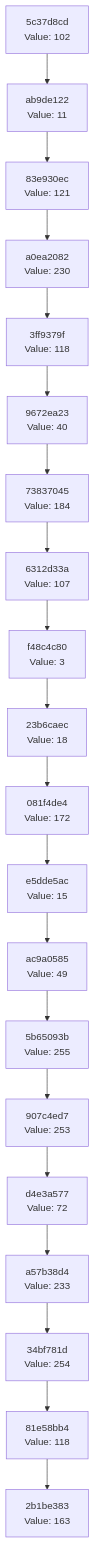
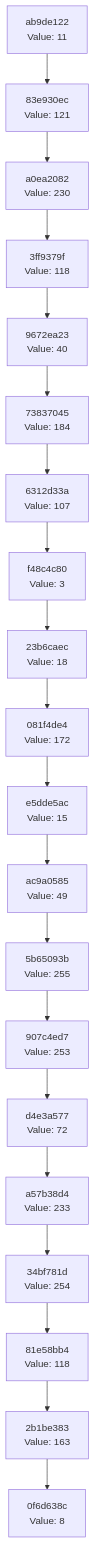
One commit to Abhisheksinha1506/hash-chain-evolver changed the diagram in docs/CHAIN_VISUALIZATION.md. Above: the diagram before and after it, drawn with Mermaid. The commit also changed 3 other files, not shown here.

````diff
--- a/docs/CHAIN_VISUALIZATION.md
+++ b/docs/CHAIN_VISUALIZATION.md
@@ -3,42 +3,42 @@
 ```mermaid
 graph TD
-    C0["2b1be383<br/>Value: 163"]
-    C1["81e58bb4<br/>Value: 118"]
+    C0["0f6d638c<br/>Value: 8"]
+    C1["2b1be383<br/>Value: 163"]
     C1 --> C0
-    C2["34bf781d<br/>Value: 254"]
+    C2["81e58bb4<br/>Value: 118"]
     C2 --> C1
-    C3["a57b38d4<br/>Value: 233"]
+    C3["34bf781d<br/>Value: 254"]
     C3 --> C2
-    C4["d4e3a577<br/>Value: 72"]
+    C4["a57b38d4<br/>Value: 233"]
     C4 --> C3
-    C5["907c4ed7<br/>Value: 253"]
+    C5["d4e3a577<br/>Value: 72"]
     C5 --> C4
-    C6["5b65093b<br/>Value: 255"]
+    C6["907c4ed7<br/>Value: 253"]
     C6 --> C5
-    C7["ac9a0585<br/>Value: 49"]
+    C7["5b65093b<br/>Value: 255"]
     C7 --> C6
-    C8["e5dde5ac<br/>Value: 15"]
+    C8["ac9a0585<br/>Value: 49"]
     C8 --> C7
-    C9["081f4de4<br/>Value: 172"]
+    C9["e5dde5ac<br/>Value: 15"]
     C9 --> C8
-    C10["23b6caec<br/>Value: 18"]
+    C10["081f4de4<br/>Value: 172"]
     C10 --> C9
-    C11["f48c4c80<br/>Value: 3"]
+    C11["23b6caec<br/>Value: 18"]
     C11 --> C10
-    C12["6312d33a<br/>Value: 107"]
+    C12["f48c4c80<br/>Value: 3"]
     C12 --> C11
-    C13["73837045<br/>Value: 184"]
+    C13["6312d33a<br/>Value: 107"]
     C13 --> C12
-    C14["9672ea23<br/>Value: 40"]
+    C14["73837045<br/>Value: 184"]
     C14 --> C13
-    C15["3ff9379f<br/>Value: 118"]
+    C15["9672ea23<br/>Value: 40"]
     C15 --> C14
-    C16["a0ea2082<br/>Value: 230"]
+    C16["3ff9379f<br/>Value: 118"]
     C16 --> C15
-    C17["83e930ec<br/>Value: 121"]
+    C17["a0ea2082<br/>Value: 230"]
     C17 --> C16
-    C18["ab9de122<br/>Value: 11"]
+    C18["83e930ec<br/>Value: 121"]
     C18 --> C17
-    C19["5c37d8cd<br/>Value: 102"]
+    C19["ab9de122<br/>Value: 11"]
     C19 --> C18
 ```
````
